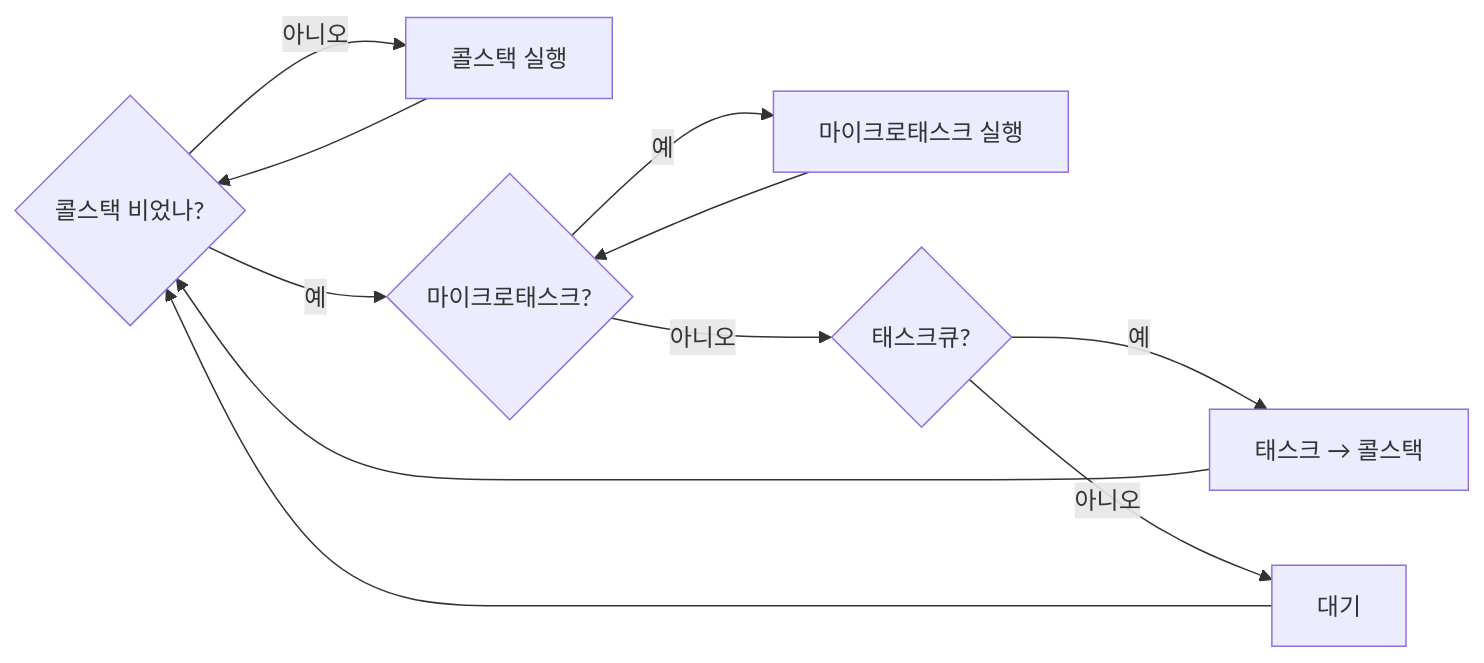
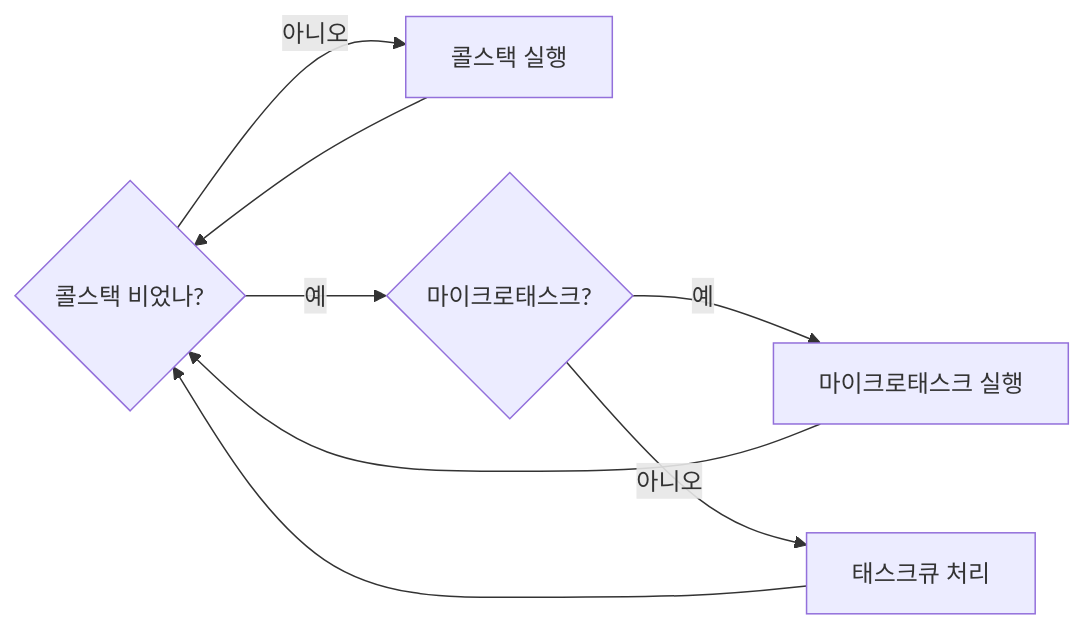
Before and after one commit to yjkim2015/yjkim2015.github.io: the third of 13 diagrams in _posts/frontend/2026-05-02-js-event-loop.md, drawn with Mermaid. The commit also changed other lines of this file and 163 other files, not shown here.

First line of the commit message:
Mermaid 300개 블록 내용 축소: 5노드 5엣지 이하, 의미 있는 약어

````diff
--- a/_posts/frontend/2026-05-02-js-event-loop.md
+++ b/_posts/frontend/2026-05-02-js-event-loop.md
@@ -95,9 +95,7 @@
 ```mermaid
-flowchart LR
+graph LR
     A{"콜스택 비었나?"} -->|아니오| B["콜스택 실행"] --> A
     A -->|예| C{"마이크로태스크?"}
-    C -->|예| D["마이크로태스크 실행"] --> C
-    C -->|아니오| E{"태스크큐?"}
-    E -->|예| F["태스크 → 콜스택"] --> A
-    E -->|아니오| G["대기"] --> A
+    C -->|예| D["마이크로태스크 실행"] --> A
+    C -->|아니오| E["태스크큐 처리"] --> A
 ```
````
